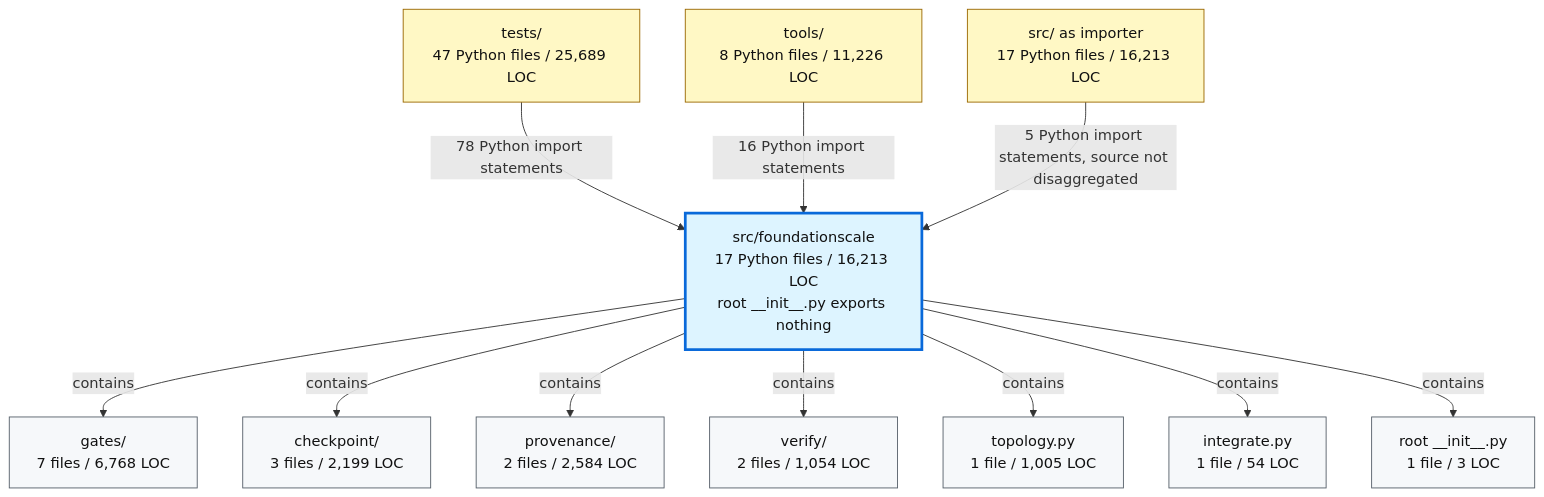
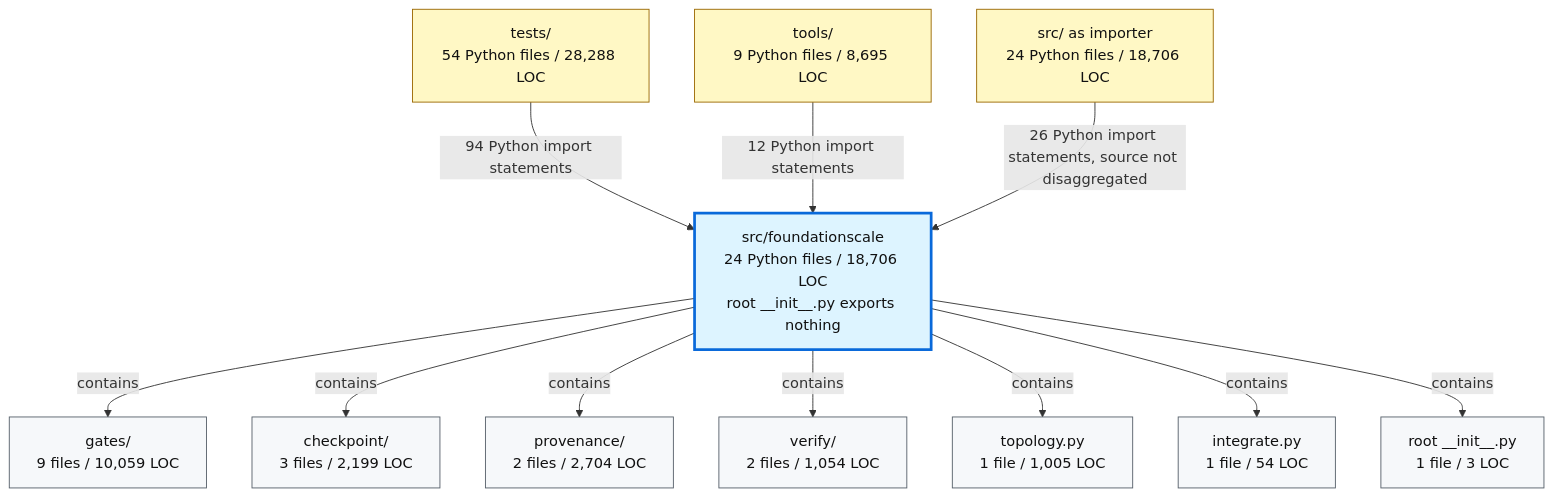
Before and after one commit to TranNhiem/FoundationScale: the second of 2 diagrams in docs/review/D2_current_architecture.md, drawn with Mermaid. The commit also changed other lines of this file and 2 other files, not shown here.

````diff
--- a/docs/review/D2_current_architecture.md
+++ b/docs/review/D2_current_architecture.md
@@ -93,36 +93,36 @@
 ```mermaid
 flowchart TB
-  TESTS["tests/<br/>47 Python files / 25,689 LOC"]
-  TOOLS["tools/<br/>8 Python files / 11,226 LOC"]
-  SRC["src/ as importer<br/>17 Python files / 16,213 LOC"]
+  TESTS["tests/<br/>54 Python files / 28,288 LOC"]
+  TOOLS["tools/<br/>9 Python files / 8,695 LOC"]
+  SRC["src/ as importer<br/>24 Python files / 18,706 LOC"]
 
-  FS["src/foundationscale<br/>17 Python files / 16,213 LOC<br/>root __init__.py exports nothing"]
+  FS["src/foundationscale<br/>24 Python files / 18,706 LOC<br/>root __init__.py exports nothing"]
 
-  GATES["gates/<br/>7 files / 6,768 LOC"]
+  GATES["gates/<br/>9 files / 10,059 LOC"]
   CKPT["checkpoint/<br/>3 files / 2,199 LOC"]
-  PROV["provenance/<br/>2 files / 2,584 LOC"]
+  PROV["provenance/<br/>2 files / 2,704 LOC"]
   VERIFY["verify/<br/>2 files / 1,054 LOC"]
   TOPO["topology.py<br/>1 file / 1,005 LOC"]
   INTEG["integrate.py<br/>1 file / 54 LOC"]
   ROOT["root __init__.py<br/>1 file / 3 LOC"]
 
-  TESTS -->|"78 Python import statements"| FS
-  TOOLS -->|"16 Python import statements"| FS
-  SRC -->|"5 Python import statements, source not disaggregated"| FS
+  TESTS -->|"94 Python import statements"| FS
+  TOOLS -->|"12 Python import statements"| FS
+  SRC -->|"26 Python import statements, source not disaggregated"| FS
 
   FS -->|"contains"| GATES
   FS -->|"contains"| CKPT
   FS -->|"contains"| PROV
   FS -->|"contains"| VERIFY
   FS -->|"contains"| TOPO
   FS -->|"contains"| INTEG
   FS -->|"contains"| ROOT
 
   classDef consumer fill:#fff8c5,stroke:#9a6700,color:#111;
   classDef package fill:#ddf4ff,stroke:#0969da,stroke-width:3px,color:#111;
   classDef module fill:#f6f8fa,stroke:#57606a,color:#111;
 
   class TESTS,TOOLS,SRC consumer;
   class FS package;
   class GATES,CKPT,PROV,VERIFY,TOPO,INTEG,ROOT module;
 ```
````
